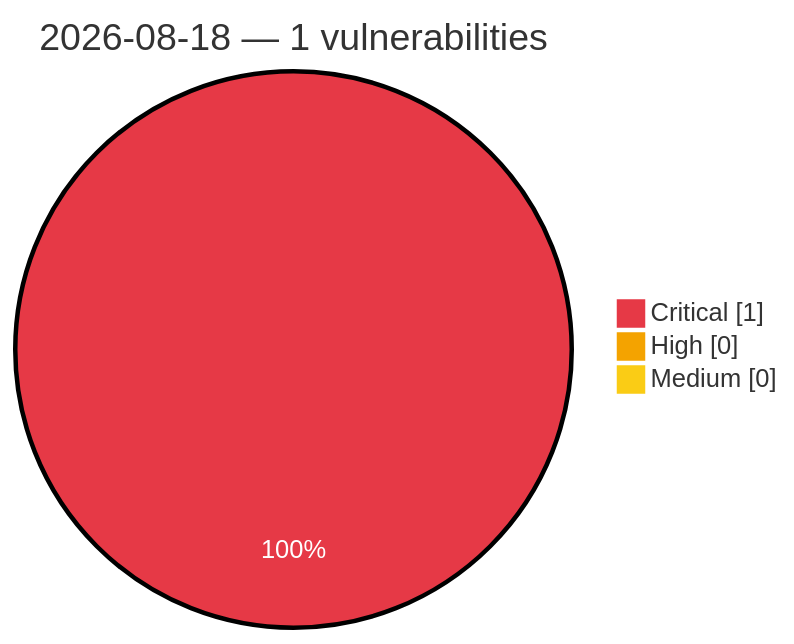
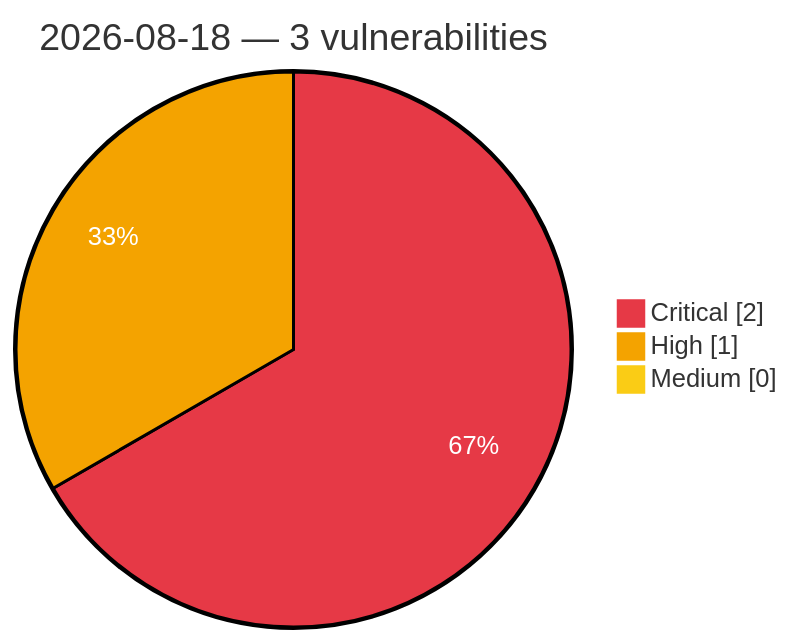
One commit to GhostX0X/vuln-tracker changed the diagram in vulnerabilities/2026/August/2026-08-18.md. Above: the diagram before and after it, drawn with Mermaid. The commit also changed other lines of this file and 5 other files, not shown here.

Commit message:
Auto update: critical/high vulns (2026-08-18 08:52 UTC)

````diff
--- a/vulnerabilities/2026/August/2026-08-18.md
+++ b/vulnerabilities/2026/August/2026-08-18.md
@@ -3,8 +3,8 @@
 ```mermaid
 %%{init: {'theme':'base', 'themeVariables': {'pie1':'#e63946', 'pie2':'#f4a300', 'pie3':'#facc15', 'pieOpacity':'1', 'pieOuterStrokeWidth':'2px', 'pieSectionTextColor':'#ffffff'}}}%%
 pie showData
-    title 2026-08-18 — 1 vulnerabilities
-    "Critical" : 1
-    "High" : 0
+    title 2026-08-18 — 3 vulnerabilities
+    "Critical" : 2
+    "High" : 1
     "Medium" : 0
 ```
````
